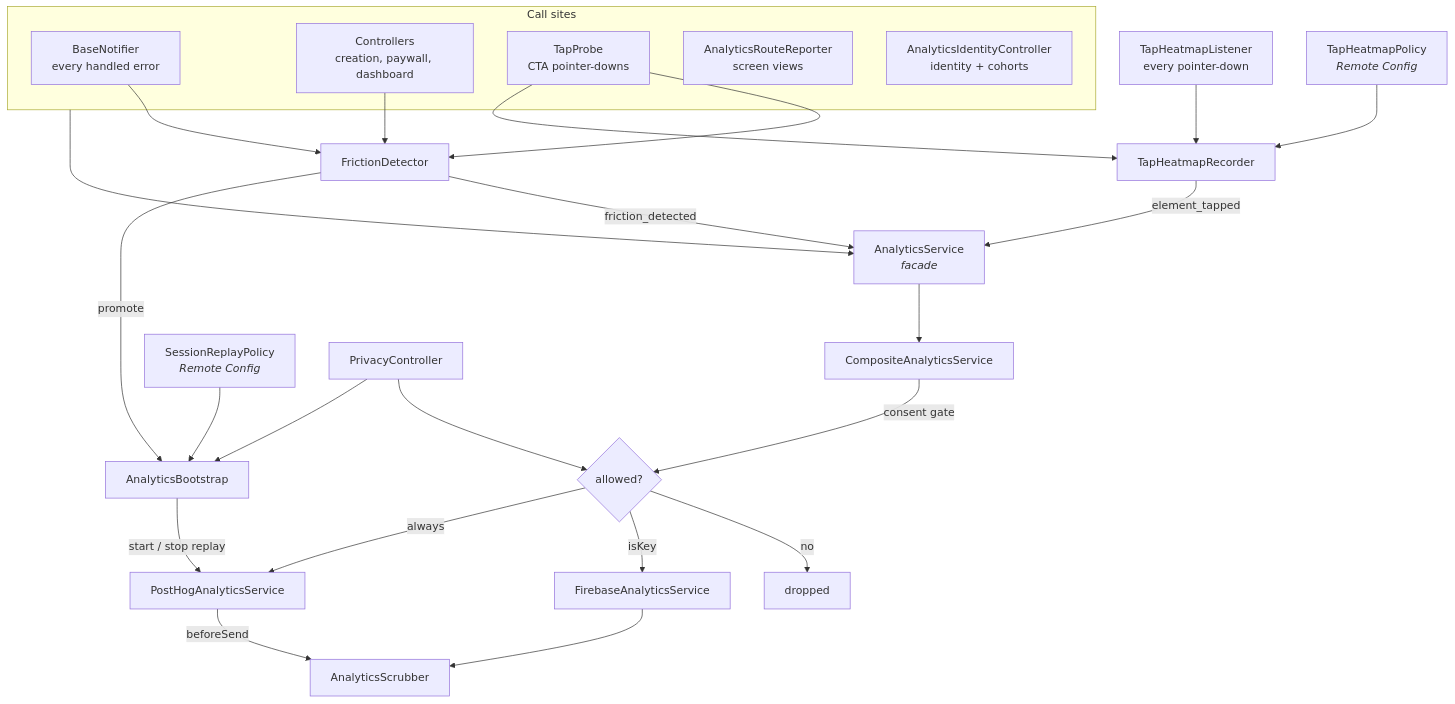
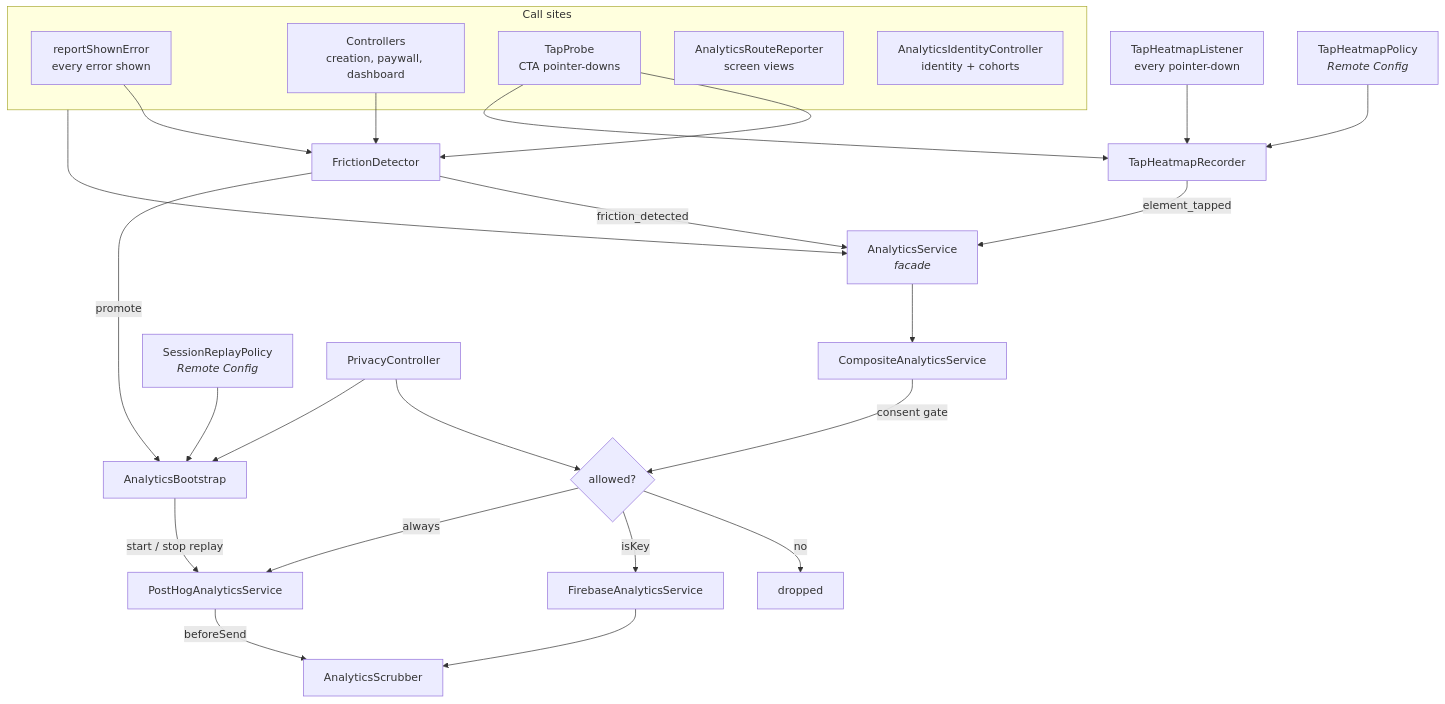
One commit to lucas-242/kazi changed the diagram in packages/kazi/lib/core/services/data/analytics/README.md. Above: the diagram before and after it, drawn with Mermaid. The commit also changed other lines of this file and 76 other files, not shown here.

First line of the commit message:
feat: report every error shown to the user by its root cause

````diff
--- a/packages/kazi/lib/core/services/data/analytics/README.md
+++ b/packages/kazi/lib/core/services/data/analytics/README.md
@@ -22,35 +22,35 @@
 ```mermaid
 flowchart TD
     subgraph callers[Call sites]
-        BN[BaseNotifier<br/>every handled error]
+        BN[reportShownError<br/>every error shown]
         CTRL[Controllers<br/>creation, paywall, dashboard]
         TP[TapProbe<br/>CTA pointer-downs]
         RR[AnalyticsRouteReporter<br/>screen views]
         IC[AnalyticsIdentityController<br/>identity + cohorts]
     end
 
     callers --> FACADE[AnalyticsService<br/><i>facade</i>]
     FACADE --> COMP[CompositeAnalyticsService]
 
     COMP -->|consent gate| GATE{allowed?}
     GATE -->|no| DROP[dropped]
     GATE -->|isKey| FB[FirebaseAnalyticsService]
     GATE -->|always| PH[PostHogAnalyticsService]
 
     FB --> SCRUB1[AnalyticsScrubber]
     PH -->|beforeSend| SCRUB1
 
     BN --> FD[FrictionDetector]
     TP --> FD
     CTRL --> FD
     FD -->|friction_detected| FACADE
     FD -->|promote| AB[AnalyticsBootstrap]
     AB -->|start / stop replay| PH
     SRP[SessionReplayPolicy<br/><i>Remote Config</i>] --> AB
     TP --> THR[TapHeatmapRecorder]
     THL[TapHeatmapListener<br/>every pointer-down] --> THR
     THP[TapHeatmapPolicy<br/><i>Remote Config</i>] --> THR
     THR -->|element_tapped| FACADE
     PC[PrivacyController] --> GATE
     PC --> AB
 ```
````
